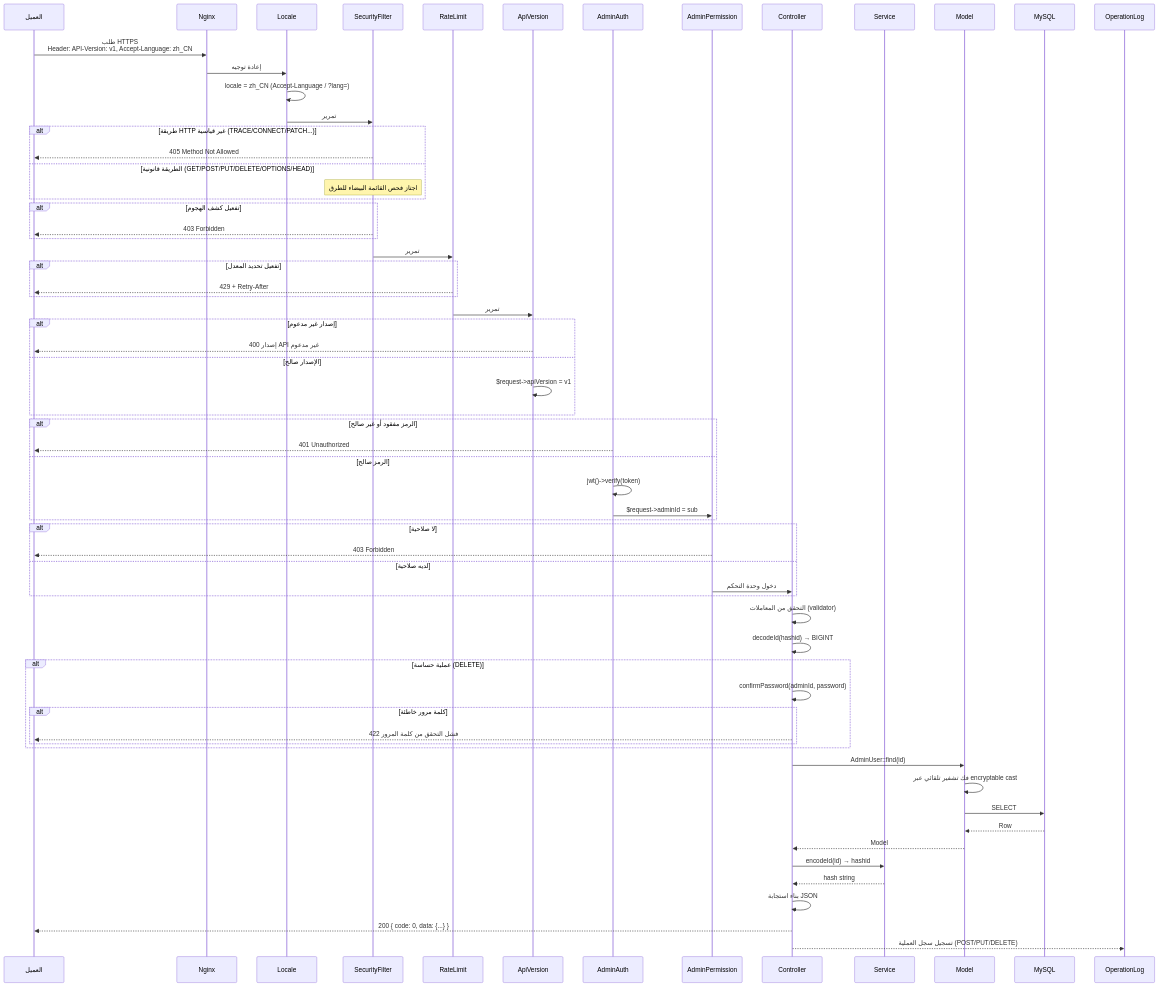
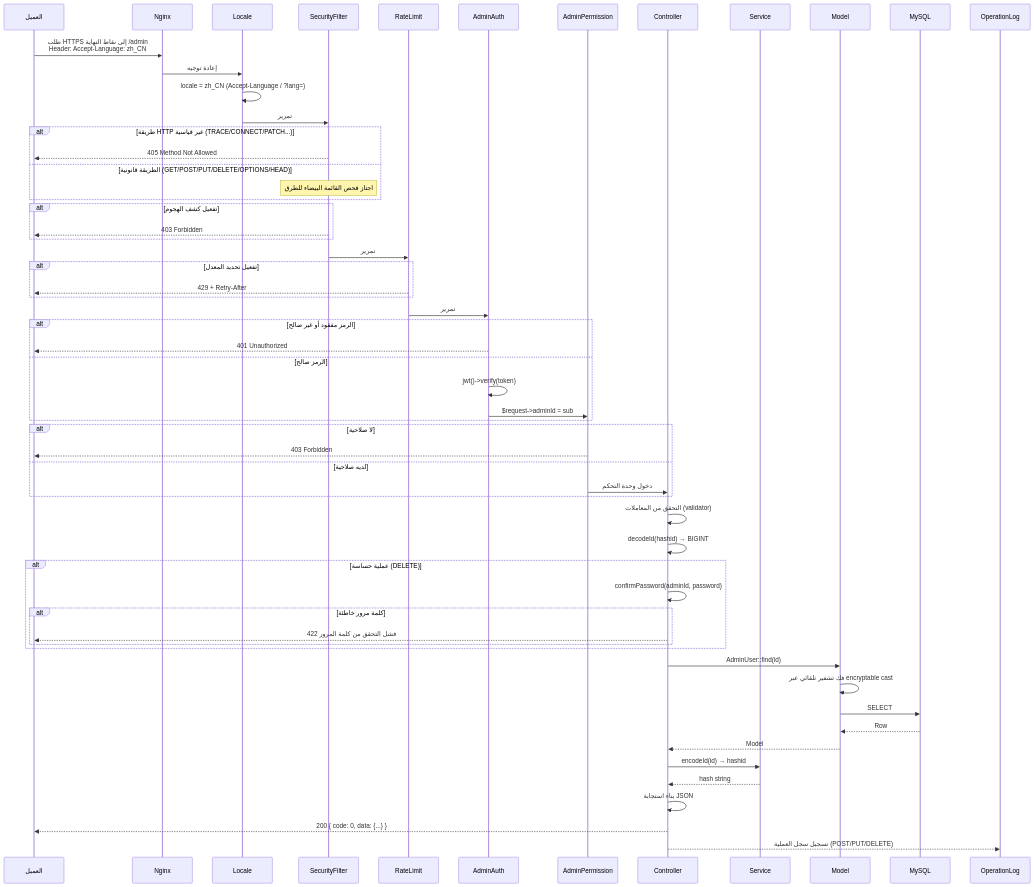
Before and after one commit to erikwang2013/open-admin: the third of 14 diagrams in docs/ARCHITECTURE.ar.md, drawn with Mermaid. The commit also changed other lines of this file and 115 other files, not shown here.

First line of the commit message:
功能：新增项目宠物「小安」、站点首页与手写 SVG 设计图集；全部文档对齐代码

````diff
--- a/docs/ARCHITECTURE.ar.md
+++ b/docs/ARCHITECTURE.ar.md
@@ -147,82 +143,75 @@
 ```mermaid
 sequenceDiagram
     participant C as العميل
     participant N as Nginx
     participant MW_LOC as Locale
     participant MW_SF as SecurityFilter
     participant MW_RL as RateLimit
-    participant MW0 as ApiVersion
     participant MW1 as AdminAuth
     participant MW2 as AdminPermission
     participant CTL as Controller
     participant SVC as Service
     participant MDL as Model
     participant DB as MySQL
     participant OPLOG as OperationLog
 
-    C->>N: طلب HTTPS<br/>Header: API-Version: v1, Accept-Language: zh_CN
+    C->>N: طلب HTTPS إلى نقاط النهاية /admin<br/>Header: Accept-Language: zh_CN
     N->>MW_LOC: إعادة توجيه
 
     MW_LOC->>MW_LOC: locale = zh_CN (Accept-Language / ?lang=)
     MW_LOC->>MW_SF: تمرير
 
     alt طريقة HTTP غير قياسية (TRACE/CONNECT/PATCH...)
         MW_SF-->>C: 405 Method Not Allowed
     else الطريقة قانونية (GET/POST/PUT/DELETE/OPTIONS/HEAD)
         Note over MW_SF: اجتاز فحص القائمة البيضاء للطرق
     end
 
     alt تفعيل كشف الهجوم
         MW_SF-->>C: 403 Forbidden
     end
 
     MW_SF->>MW_RL: تمرير
 
     alt تفعيل تحديد المعدل
         MW_RL-->>C: 429 + Retry-After
     end
 
-    MW_RL->>MW0: تمرير
-
-    alt إصدار غير مدعوم
-        MW0-->>C: 400 إصدار API غير مدعوم
-    else الإصدار صالح
-        MW0->>MW0: $request->apiVersion = v1
-    end
+    MW_RL->>MW1: تمرير
 
     alt الرمز مفقود أو غير صالح
         MW1-->>C: 401 Unauthorized
     else الرمز صالح
         MW1->>MW1: jwt()->verify(token)
         MW1->>MW2: $request->adminId = sub
     end
 
     alt لا صلاحية
         MW2-->>C: 403 Forbidden
     else لديه صلاحية
         MW2->>CTL: دخول وحدة التحكم
     end
 
     CTL->>CTL: التحقق من المعاملات (validator)
     CTL->>CTL: decodeId(hashid) → BIGINT
 
     alt عملية حساسة (DELETE)
         CTL->>CTL: confirmPassword(adminId, password)
         alt كلمة مرور خاطئة
             CTL-->>C: 422 فشل التحقق من كلمة المرور
         end
     end
 
     CTL->>MDL: AdminUser::find(id)
     MDL->>MDL: فك تشفير تلقائي عبر encryptable cast
     MDL->>DB: SELECT
     DB-->>MDL: Row
     MDL-->>CTL: Model
 
     CTL->>SVC: encodeId(id) → hashid
     SVC-->>CTL: hash string
 
     CTL->>CTL: بناء استجابة JSON
     CTL-->>C: 200 { code: 0, data: {...} }
     CTL-->>OPLOG: تسجيل سجل العملية (POST/PUT/DELETE)
 ```
````
